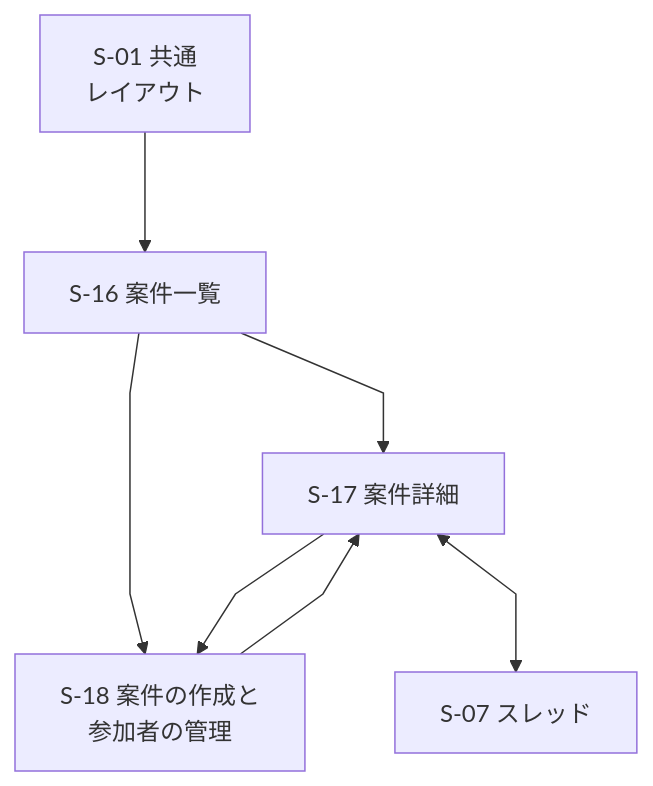
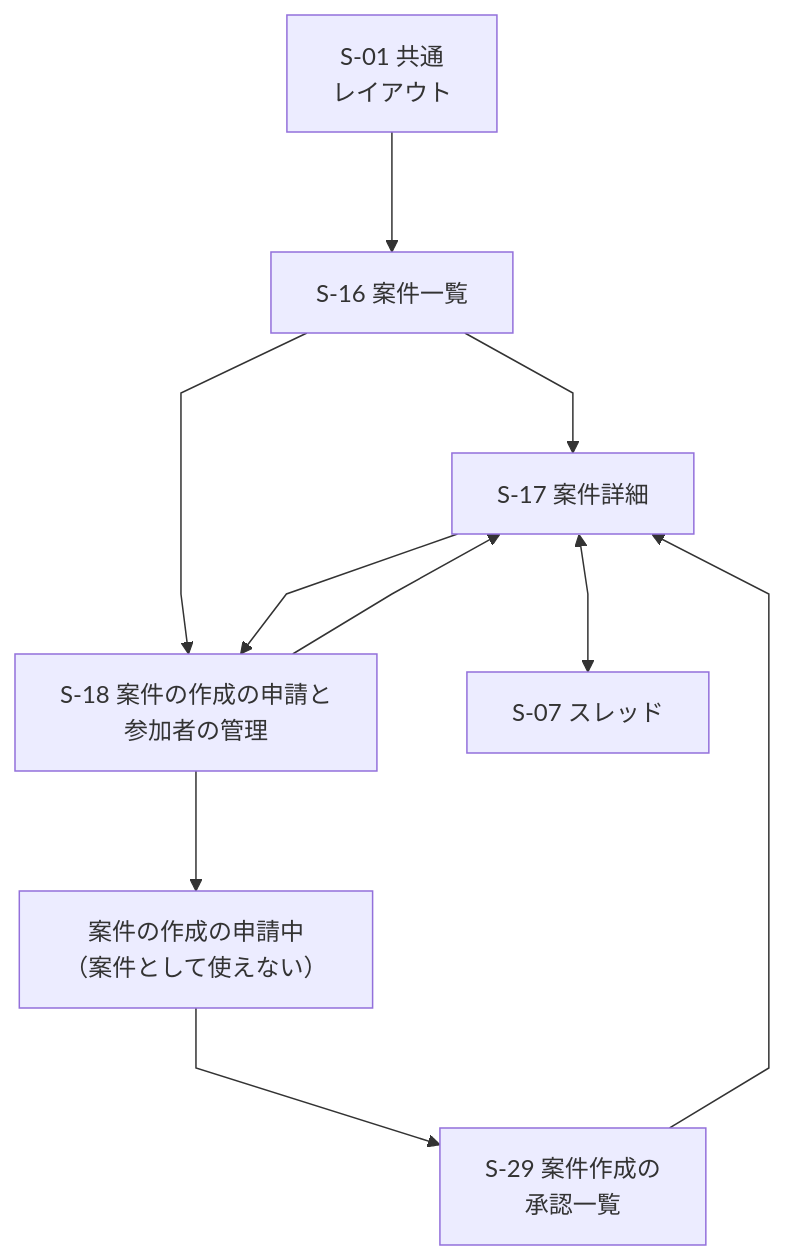
Before and after one commit to yamamotonaoki3/internal-system: the sixth of 12 diagrams in docs/requirements/screens.md, drawn with Mermaid. The commit also changed other lines of this file and 4 other files, not shown here.

````diff
--- a/docs/requirements/screens.md
+++ b/docs/requirements/screens.md
@@ -190,10 +199,13 @@
 ```mermaid
 %%{init: {"flowchart": {"nodeSpacing": 60, "rankSpacing": 80, "curve": "linear", "htmlLabels": true}}}%%
 flowchart TD
     S01["S-01 共通<br/>レイアウト"] --> S16["S-16 案件一覧"]
     S16 --> S17["S-17 案件詳細"]
-    S16 --> S18["S-18 案件の作成と<br/>参加者の管理"]
+    S16 --> S18["S-18 案件の作成の申請と<br/>参加者の管理"]
+    S18 --> Wait["案件の作成の申請中<br/>（案件として使えない）"]
+    Wait --> S29["S-29 案件作成の<br/>承認一覧"]
+    S29 --> S17
     S18 --> S17
     S17 --> S18
     S17 <--> S07["S-07 スレッド"]
 ```
````
